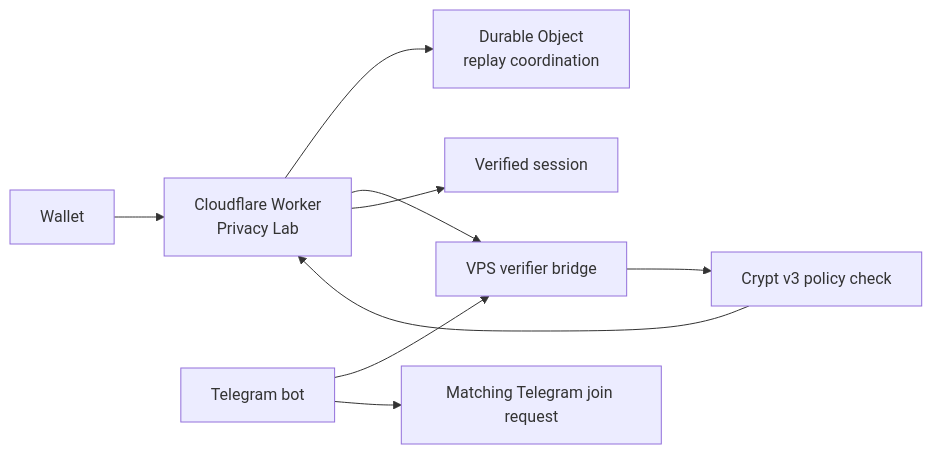
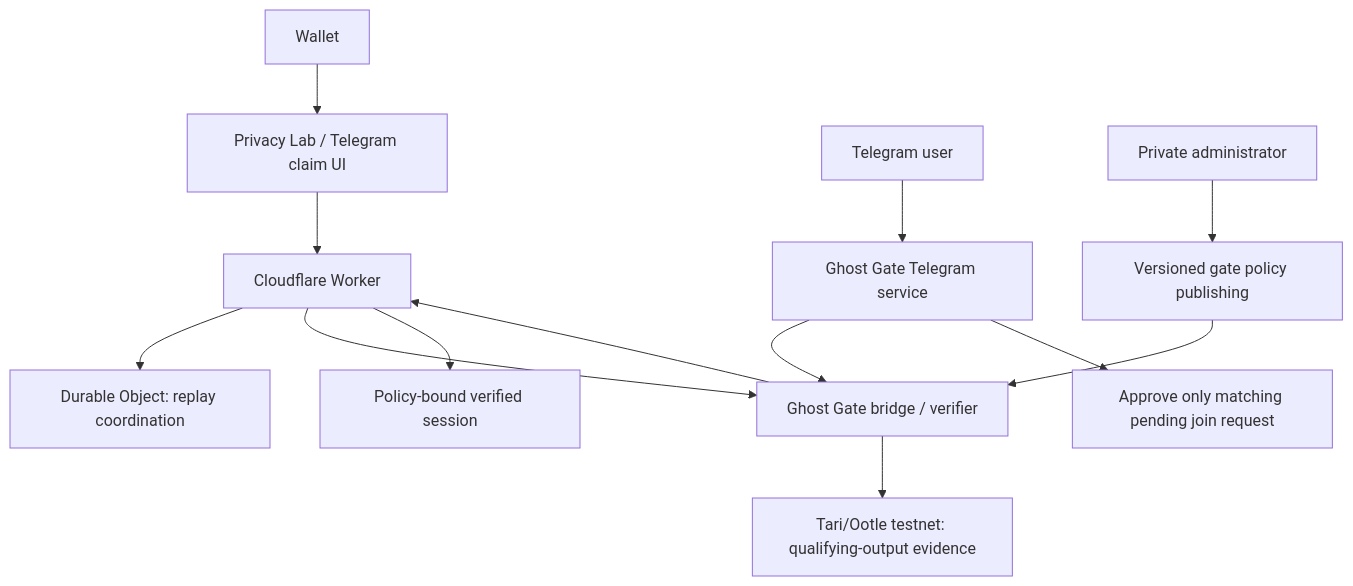
The diagram in README.md (GSXRspartan/Ghost-Gate), drawn with Mermaid before and after one commit. The commit also changed other lines of this file and 3 other files, not shown here.

````diff
--- a/README.md
+++ b/README.md
@@ -72,11 +128,15 @@
 ```mermaid
-flowchart LR
-  W[Wallet] --> C[Cloudflare Worker<br/>Privacy Lab]
-  C --> D[Durable Object<br/>replay coordination]
-  C --> V[VPS verifier bridge]
-  V --> P[Crypt v3 policy check]
-  P --> C
-  C --> S[Verified session]
-  T[Telegram bot] --> V
-  T --> J[Matching Telegram join request]
+flowchart TD
+  W[Wallet] --> UI[Privacy Lab / Telegram claim UI]
+  UI --> CW[Cloudflare Worker]
+  CW --> DO[Durable Object: replay coordination]
+  CW --> B[Ghost Gate bridge / verifier]
+  B --> N[Tari/Ootle testnet: qualifying-output evidence]
+  B --> CW
+  CW --> S[Policy-bound verified session]
+  TG[Telegram user] --> BOT[Ghost Gate Telegram service]
+  BOT --> B
+  BOT --> JR[Approve only matching pending join request]
+  A[Private administrator] --> P[Versioned gate policy publishing]
+  P --> B
 ```
````
